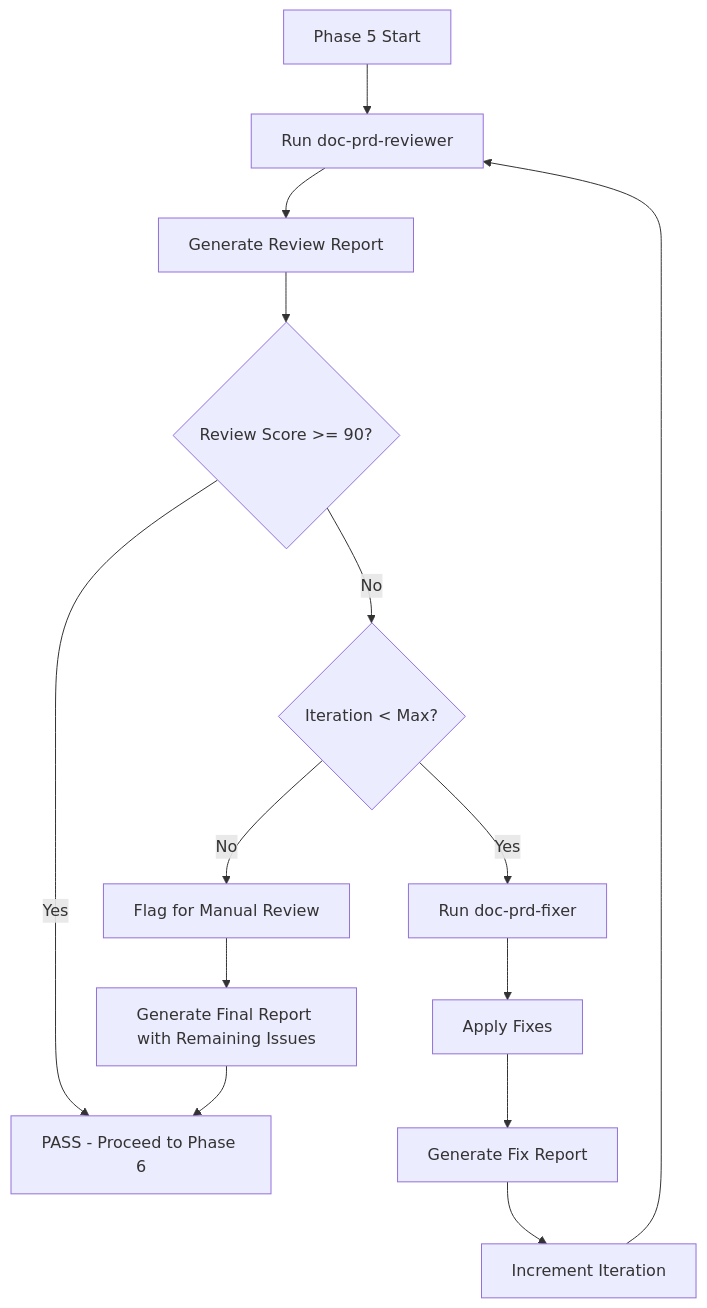
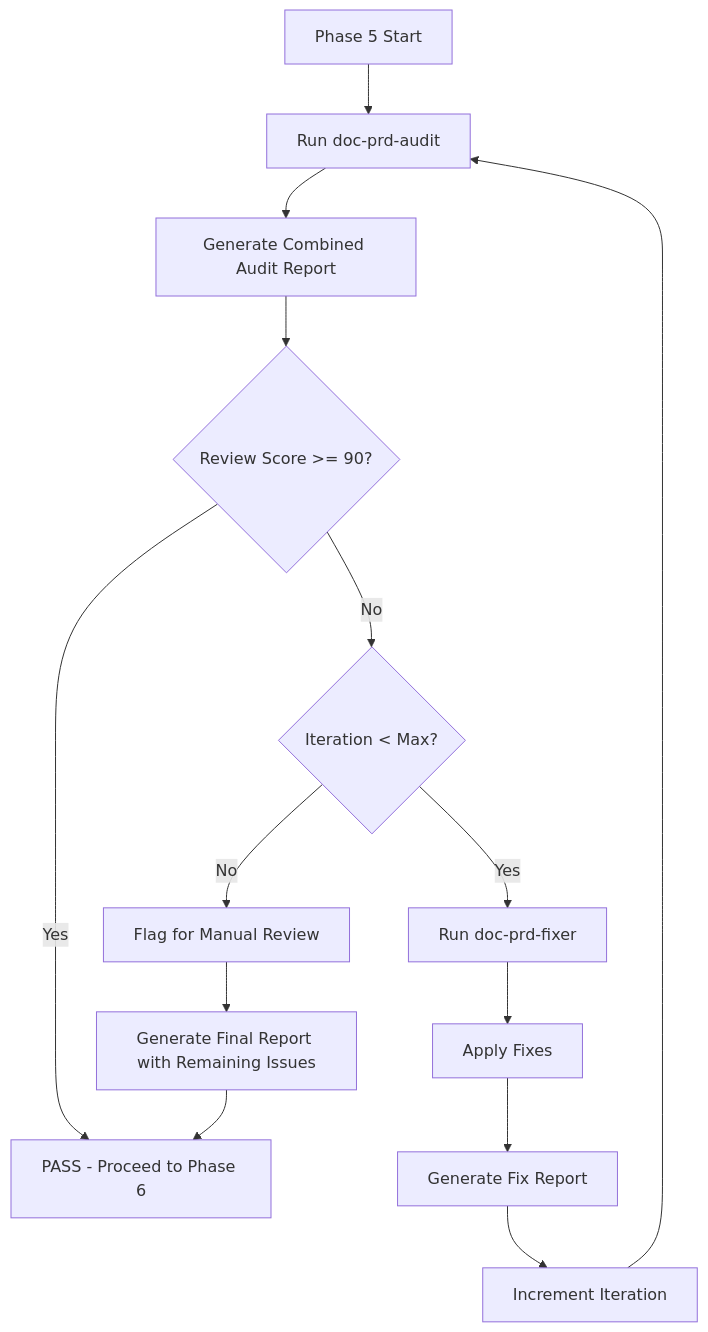
Before and after one commit to vladm3105/aidoc-flow-framework: the second of 2 diagrams in .claude/skills/doc-prd-autopilot/SKILL.md, drawn with Mermaid. The commit also changed other lines of this file and 5 other files, not shown here.

Commit message:
docs(skills): add PRD audit wrapper and align PRD skill parity

````diff
--- a/.claude/skills/doc-prd-autopilot/SKILL.md
+++ b/.claude/skills/doc-prd-autopilot/SKILL.md
@@ -445,19 +448,19 @@
 ```mermaid
 flowchart TD
-    A[Phase 5 Start] --> B[Run doc-prd-reviewer]
-    B --> C[Generate Review Report]
+    A[Phase 5 Start] --> B[Run doc-prd-audit]
+    B --> C[Generate Combined Audit Report]
     C --> D{Review Score >= 90?}
 
     D -->|Yes| E[PASS - Proceed to Phase 6]
     D -->|No| F{Iteration < Max?}
 
     F -->|Yes| G[Run doc-prd-fixer]
     G --> H[Apply Fixes]
     H --> I[Generate Fix Report]
     I --> J[Increment Iteration]
     J --> B
 
     F -->|No| K[Flag for Manual Review]
     K --> L[Generate Final Report with Remaining Issues]
     L --> E
 ```
````
